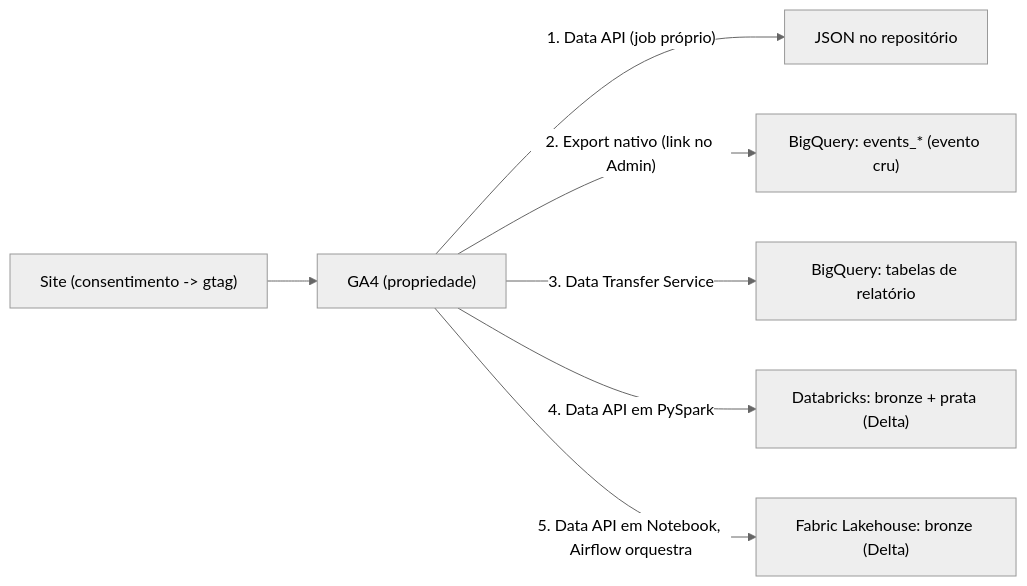
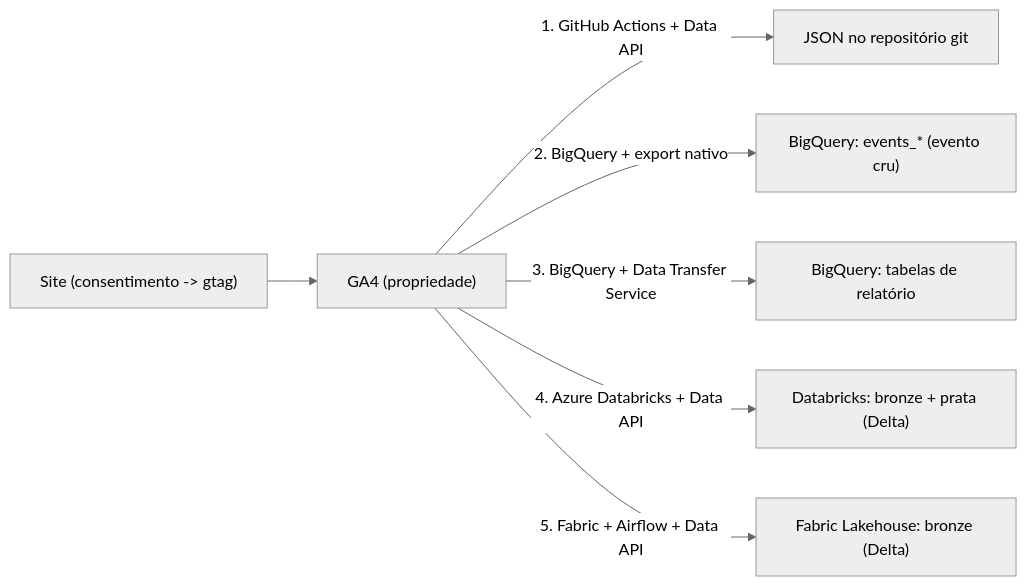
One commit to Lokkoman/cases changed the diagram in ga4-extracao/README.md. Above: the diagram before and after it, drawn with Mermaid (neutral theme). The commit also changed other lines of this file and 20 other files, not shown here.

````diff
--- a/ga4-extracao/README.md
+++ b/ga4-extracao/README.md
@@ -21,10 +25,10 @@
 ```mermaid
 flowchart LR
   site["Site (consentimento -> gtag)"] --> ga4["GA4 (propriedade)"]
 
-  ga4 -->|"1. Data API (job próprio)"| api["JSON no repositório"]
-  ga4 -->|"2. Export nativo (link no Admin)"| raw["BigQuery: events_* (evento cru)"]
-  ga4 -->|"3. Data Transfer Service"| rep["BigQuery: tabelas de relatório"]
-  ga4 -->|"4. Data API em PySpark"| dbx["Databricks: bronze + prata (Delta)"]
-  ga4 -->|"5. Data API em Notebook, Airflow orquestra"| fab["Fabric Lakehouse: bronze (Delta)"]
+  ga4 -->|"1. GitHub Actions + Data API"| api["JSON no repositório git"]
+  ga4 -->|"2. BigQuery + export nativo"| raw["BigQuery: events_* (evento cru)"]
+  ga4 -->|"3. BigQuery + Data Transfer Service"| rep["BigQuery: tabelas de relatório"]
+  ga4 -->|"4. Azure Databricks + Data API"| dbx["Databricks: bronze + prata (Delta)"]
+  ga4 -->|"5. Fabric + Airflow + Data API"| fab["Fabric Lakehouse: bronze (Delta)"]
 ```
````
